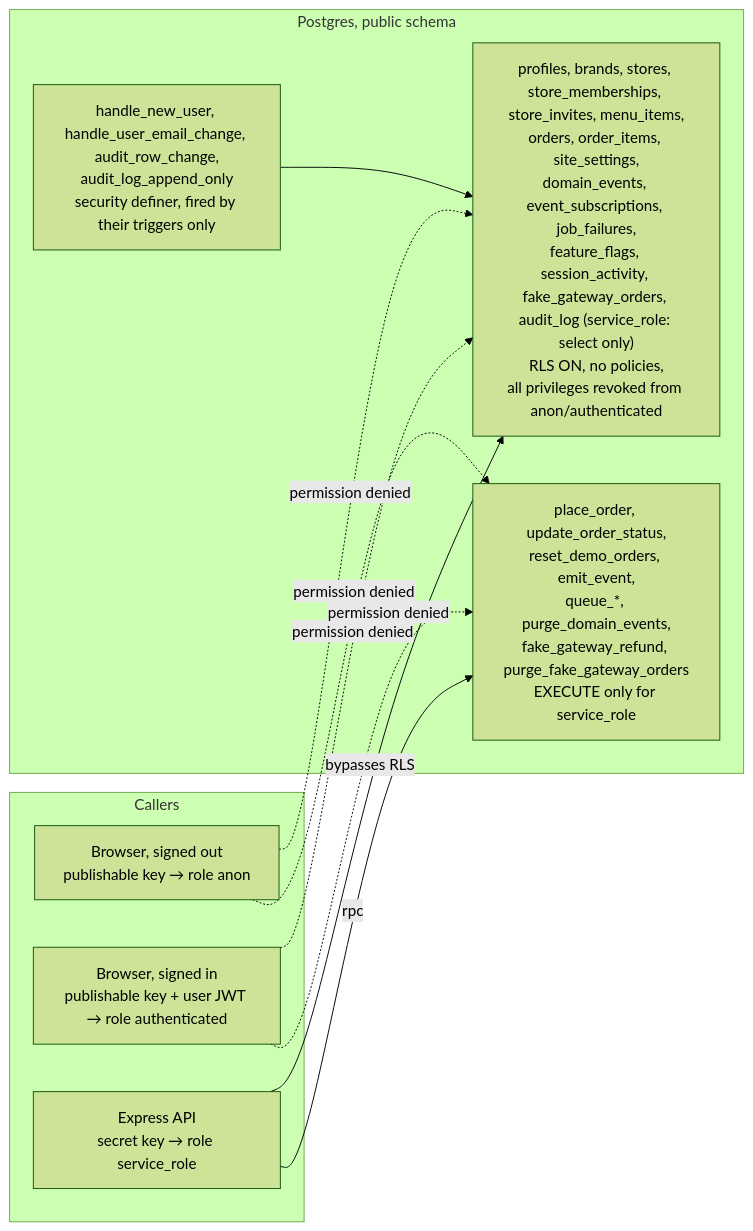
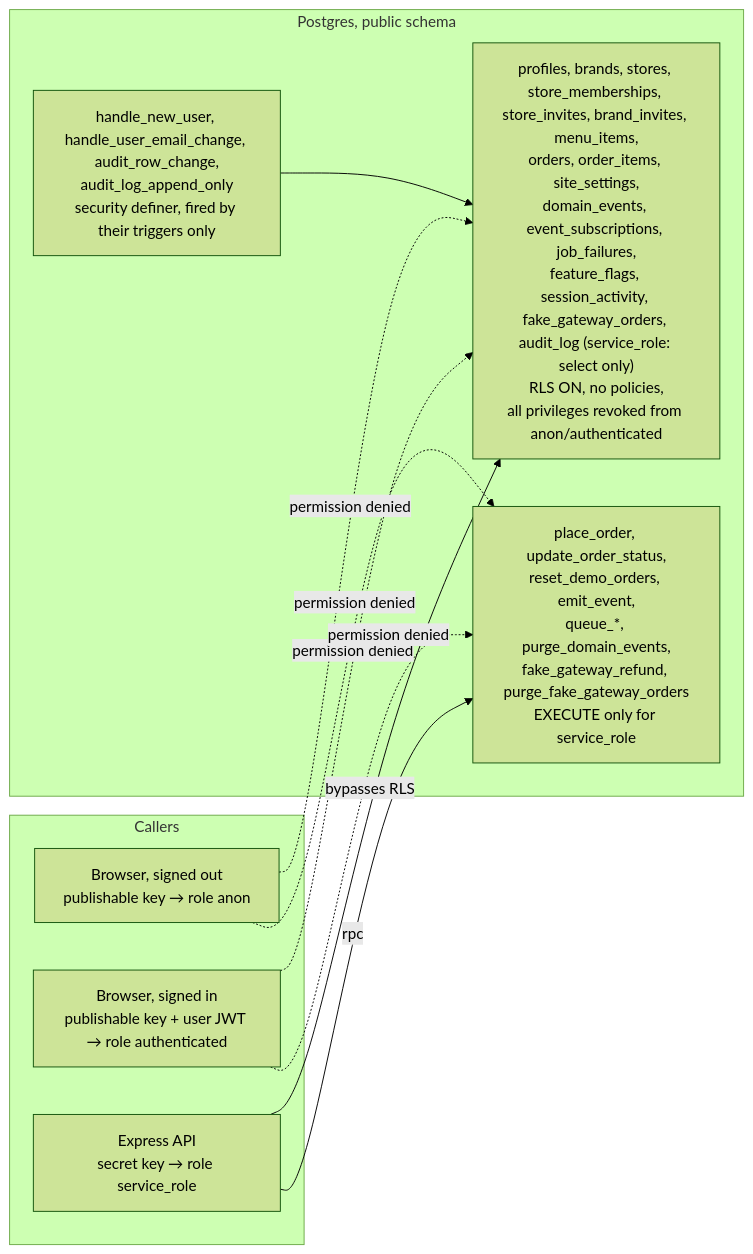
Before and after one commit to The-KhaNha/KhaNha: the diagram in docs/PERMISSIONS.md, drawn with Mermaid (forest theme). The commit also changed other lines of this file and 24 other files, not shown here.

````diff
--- a/docs/PERMISSIONS.md
+++ b/docs/PERMISSIONS.md
@@ -256,22 +274,22 @@
 ```mermaid
 flowchart LR
   subgraph Callers
     Anon["Browser, signed out<br/>publishable key → role anon"]
     Authd["Browser, signed in<br/>publishable key + user JWT → role authenticated"]
     Server["Express API<br/>secret key → role service_role"]
   end
 
   subgraph Postgres["Postgres, public schema"]
-    Tables["profiles, brands, stores, store_memberships, store_invites, menu_items,<br/>orders, order_items, site_settings,<br/>domain_events, event_subscriptions, job_failures,<br/>feature_flags, session_activity, fake_gateway_orders, audit_log (service_role: select only)<br/>RLS ON, no policies,<br/>all privileges revoked from anon/authenticated"]
+    Tables["profiles, brands, stores, store_memberships, store_invites, brand_invites, menu_items,<br/>orders, order_items, site_settings,<br/>domain_events, event_subscriptions, job_failures,<br/>feature_flags, session_activity, fake_gateway_orders, audit_log (service_role: select only)<br/>RLS ON, no policies,<br/>all privileges revoked from anon/authenticated"]
     Fns["place_order, update_order_status,<br/>reset_demo_orders, emit_event,<br/>queue_*, purge_domain_events,<br/>fake_gateway_refund, purge_fake_gateway_orders<br/>EXECUTE only for service_role"]
     Trg["handle_new_user, handle_user_email_change, audit_row_change,<br/>audit_log_append_only<br/>security definer, fired by their triggers only"]
   end
 
   Anon -. "permission denied" .-> Tables
   Authd -. "permission denied" .-> Tables
   Anon -. "permission denied" .-> Fns
   Authd -. "permission denied" .-> Fns
   Server -->|"bypasses RLS"| Tables
   Server -->|"rpc"| Fns
   Trg --> Tables
 ```
````
